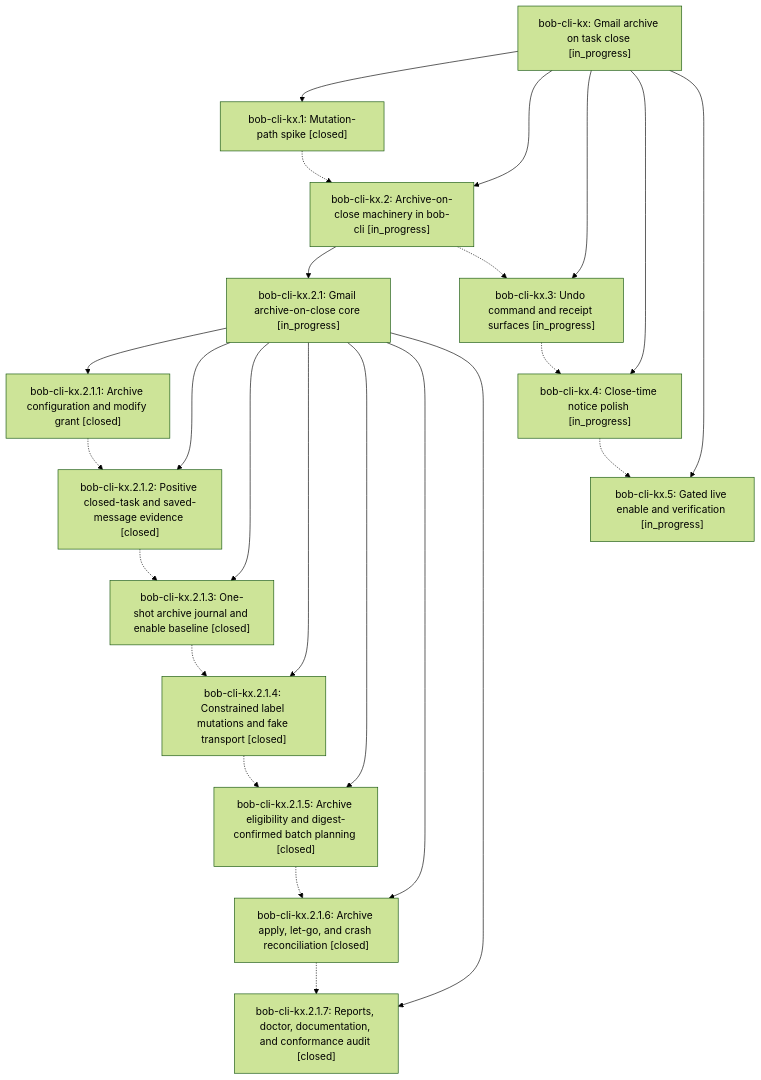
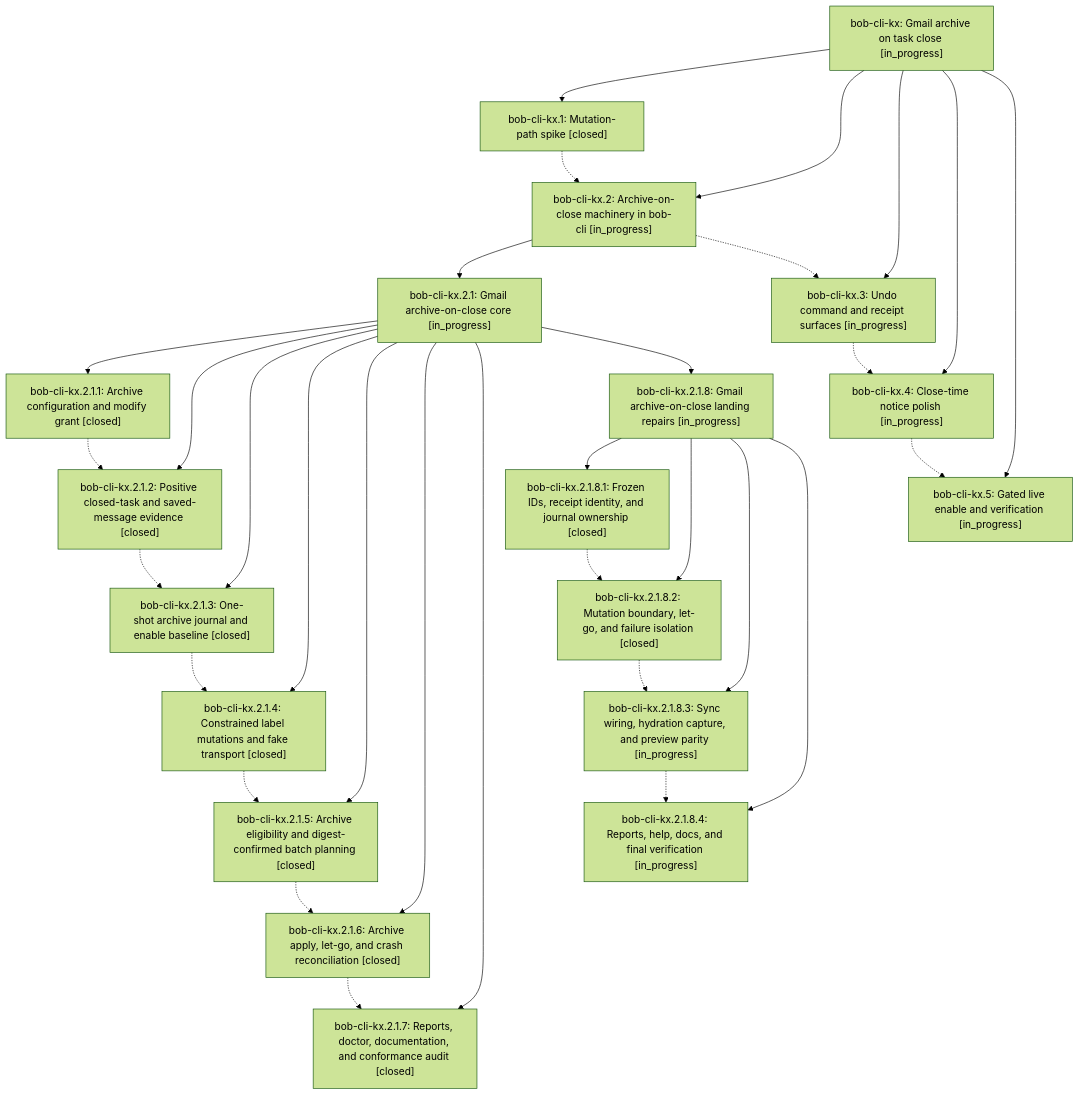
Before and after one commit to bobs-org/bob-cli--beads: the diagram in pages/bob-cli-kx/README.md, drawn with Mermaid (forest theme). The commit also changed other lines of this file and 8 other files, not shown here.

First line of the commit message:
chore(beads): sync bead state and pages for bob-cli-kx

````diff
--- a/pages/bob-cli-kx/README.md
+++ b/pages/bob-cli-kx/README.md
@@ -38,40 +38,53 @@
 ```mermaid
 flowchart TD
     n0["bob-cli-kx: Gmail archive on task close [in_progress]"]
     n1["bob-cli-kx.1: Mutation-path spike [closed]"]
     n2["bob-cli-kx.2: Archive-on-close machinery in bob-cli [in_progress]"]
     n3["bob-cli-kx.2.1: Gmail archive-on-close core [in_progress]"]
     n4["bob-cli-kx.2.1.1: Archive configuration and modify grant [closed]"]
     n5["bob-cli-kx.2.1.2: Positive closed-task and saved-message evidence [closed]"]
     n6["bob-cli-kx.2.1.3: One-shot archive journal and enable baseline [closed]"]
     n7["bob-cli-kx.2.1.4: Constrained label mutations and fake transport [closed]"]
     n8["bob-cli-kx.2.1.5: Archive eligibility and digest-confirmed batch planning [closed]"]
     n9["bob-cli-kx.2.1.6: Archive apply, let-go, and crash reconciliation [closed]"]
     n10["bob-cli-kx.2.1.7: Reports, doctor, documentation, and conformance audit [closed]"]
-    n11["bob-cli-kx.3: Undo command and receipt surfaces [in_progress]"]
-    n12["bob-cli-kx.4: Close-time notice polish [in_progress]"]
-    n13["bob-cli-kx.5: Gated live enable and verification [in_progress]"]
+    n11["bob-cli-kx.2.1.8: Gmail archive-on-close landing repairs [in_progress]"]
+    n12["bob-cli-kx.2.1.8.1: Frozen IDs, receipt identity, and journal ownership [closed]"]
+    n13["bob-cli-kx.2.1.8.2: Mutation boundary, let-go, and failure isolation [closed]"]
+    n14["bob-cli-kx.2.1.8.3: Sync wiring, hydration capture, and preview parity [in_progress]"]
+    n15["bob-cli-kx.2.1.8.4: Reports, help, docs, and final verification [in_progress]"]
+    n16["bob-cli-kx.3: Undo command and receipt surfaces [in_progress]"]
+    n17["bob-cli-kx.4: Close-time notice polish [in_progress]"]
+    n18["bob-cli-kx.5: Gated live enable and verification [in_progress]"]
     n0 --> n1
     n0 --> n2
     n2 --> n3
     n3 --> n4
     n3 --> n5
     n3 --> n6
     n3 --> n7
     n3 --> n8
     n3 --> n9
     n3 --> n10
-    n0 --> n11
-    n0 --> n12
-    n0 --> n13
+    n3 --> n11
+    n11 --> n12
+    n11 --> n13
+    n11 --> n14
+    n11 --> n15
+    n0 --> n16
+    n0 --> n17
+    n0 --> n18
     n1 -.-> n2
-    n2 -.-> n11
+    n2 -.-> n16
     n4 -.-> n5
     n5 -.-> n6
     n6 -.-> n7
     n7 -.-> n8
     n8 -.-> n9
     n9 -.-> n10
-    n11 -.-> n12
     n12 -.-> n13
+    n13 -.-> n14
+    n14 -.-> n15
+    n16 -.-> n17
+    n17 -.-> n18
 ```
````
